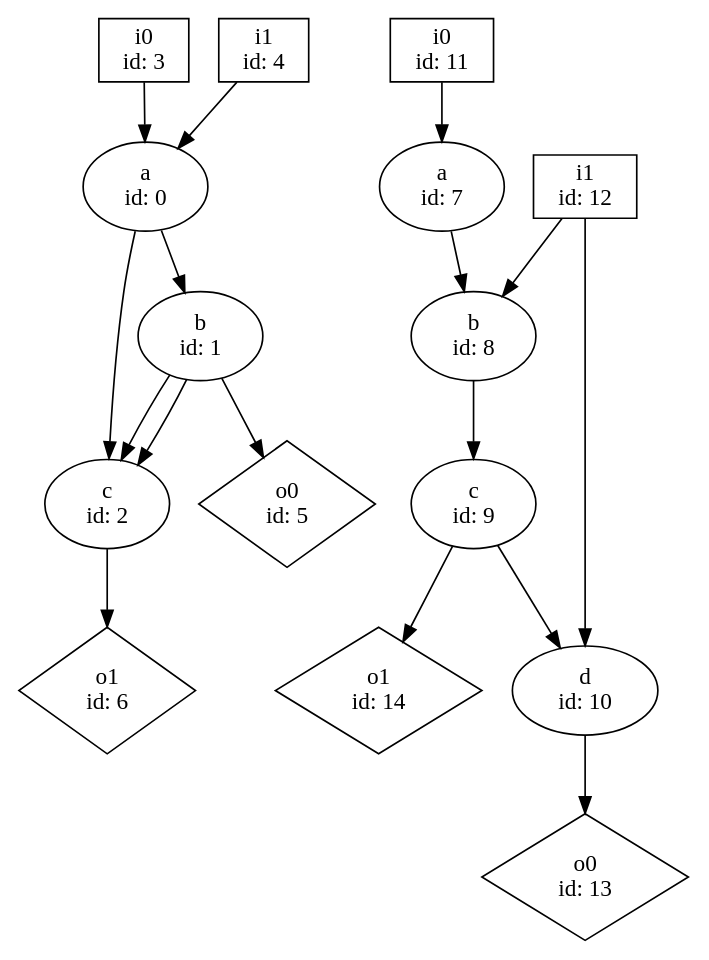
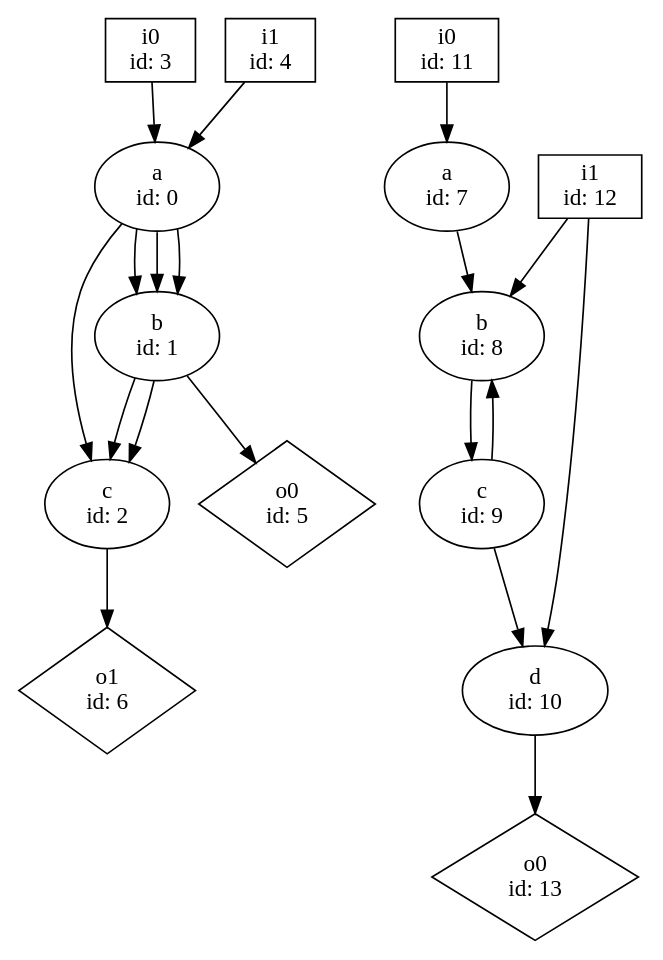
One commit to p9romain/bool-circuits changed the diagram in dot_files/g1_parallel_g2.dot. Above: the diagram before and after it, drawn with Graphviz. The commit also changed 40 other files, not shown here.

```diff
--- a/dot_files/g1_parallel_g2.dot
+++ b/dot_files/g1_parallel_g2.dot
@@ -1,33 +1,34 @@
 digraph G {
 n0 [label="a\n id: 0"];
 n1 [label="b\n id: 1"];
 n2 [label="c\n id: 2"];
 n3 [label="i0\n id: 3",shape="box"];
 n4 [label="i1\n id: 4",shape="box"];
 n5 [label="o0\n id: 5",shape="diamond"];
 n6 [label="o1\n id: 6",shape="diamond"];
 n7 [label="a\n id: 7"];
 n8 [label="b\n id: 8"];
 n9 [label="c\n id: 9"];
 n10 [label="d\n id: 10"];
 n11 [label="i0\n id: 11",shape="box"];
 n12 [label="i1\n id: 12",shape="box"];
 n13 [label="o0\n id: 13",shape="diamond"];
-n14 [label="o1\n id: 14",shape="diamond"];
+n0 -> n1
+n0 -> n1
 n0 -> n1
 n0 -> n2
 n1 -> n2
 n1 -> n2
 n1 -> n5
 n2 -> n6
 n3 -> n0
 n4 -> n0
 n7 -> n8
 n8 -> n9
+n9 -> n8
 n9 -> n10
-n9 -> n14
 n10 -> n13
 n11 -> n7
 n12 -> n8
 n12 -> n10
 }
```
